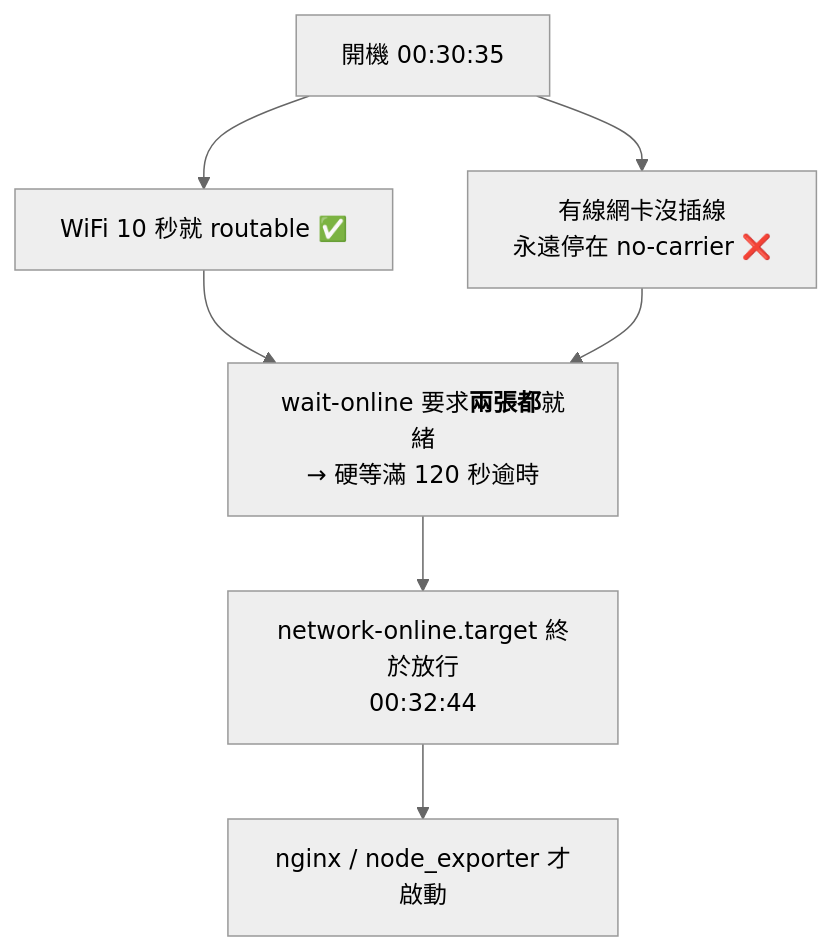
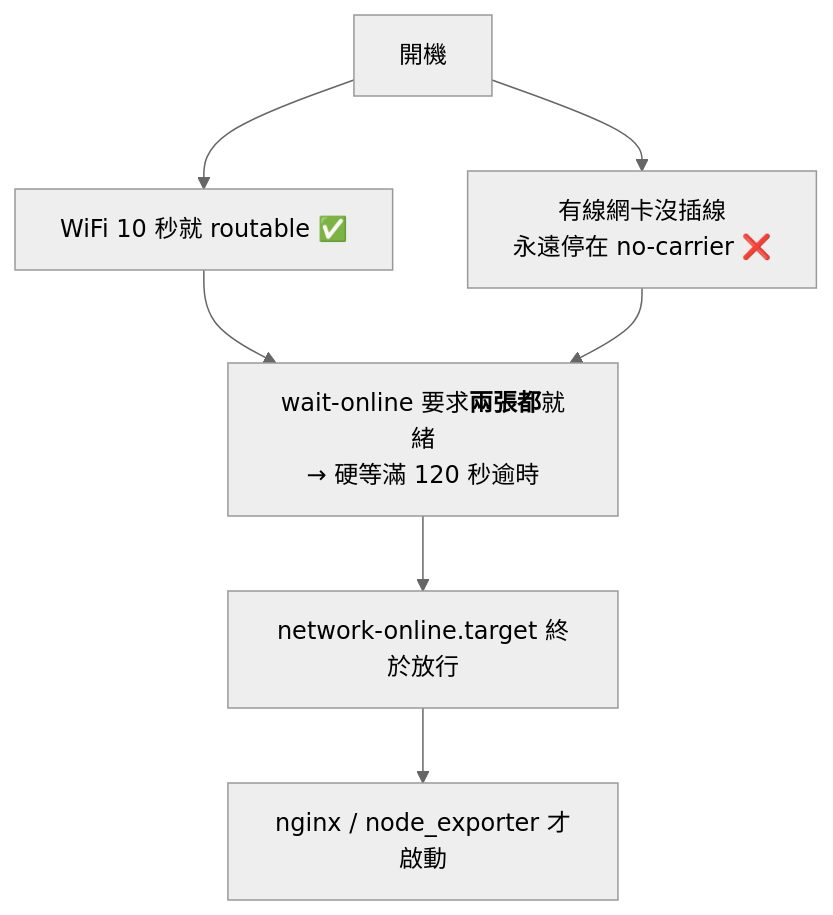
Before and after one commit to liyibass/software-engineer-roadmap: the diagram in playground/liyi-server/實戰筆記/01-開機慢兩分鐘的追查.md, drawn with Mermaid (neutral theme). The commit also changed other lines of this file, not shown here.

````diff
--- a/playground/liyi-server/實戰筆記/01-開機慢兩分鐘的追查.md
+++ b/playground/liyi-server/實戰筆記/01-開機慢兩分鐘的追查.md
@@ -201,13 +154,13 @@
 ```mermaid
 flowchart TB
-    A["開機 00:30:35"]
+    A["開機"]
     B["WiFi 10 秒就 routable ✅"]
     C["有線網卡沒插線<br/>永遠停在 no-carrier ❌"]
     D["wait-online 要求<b>兩張都</b>就緒<br/>→ 硬等滿 120 秒逾時"]
-    E["network-online.target 終於放行<br/>00:32:44"]
+    E["network-online.target 終於放行"]
     F["nginx / node_exporter 才啟動"]
 
     A --> B --> D
     A --> C --> D
     D --> E --> F
 ```
````
